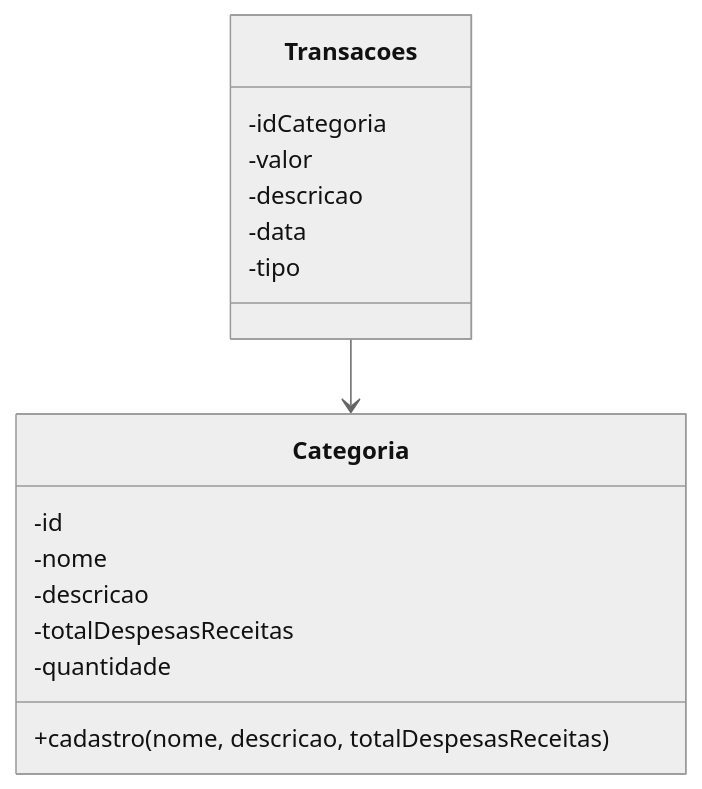
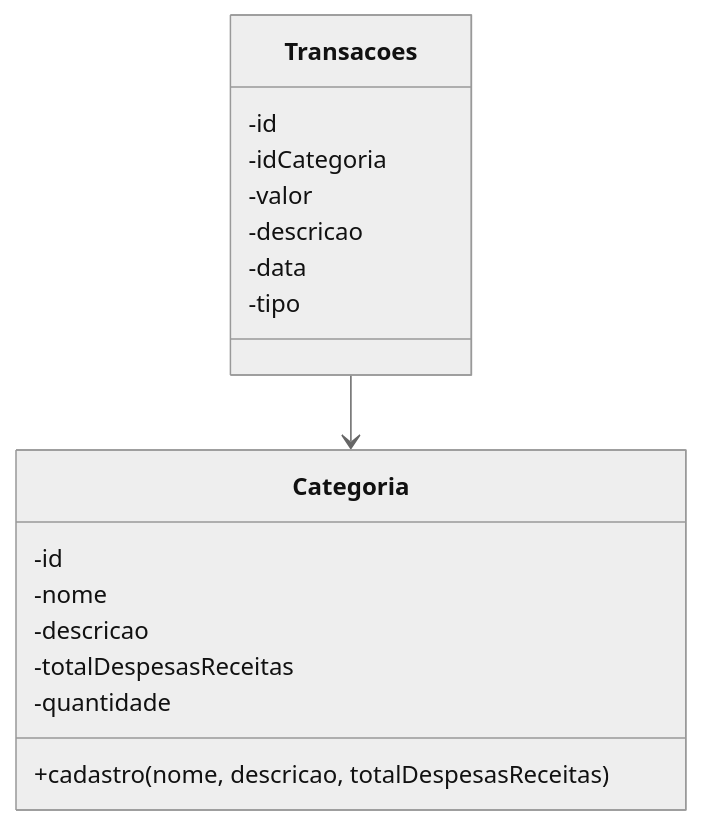
Before and after one commit to thayssamaneo/mobile: the third of 3 diagrams in armazenamentoInterno/controle_financeiro/README.md, drawn with Mermaid (neutral theme). The commit also changed 5 other files, not shown here.

````diff
--- a/armazenamentoInterno/controle_financeiro/README.md
+++ b/armazenamentoInterno/controle_financeiro/README.md
@@ -214,25 +214,26 @@
 ```mermaid
 
 classDiagram
 
     class Categoria{
         -id
         -nome
         -descricao
         -totalDespesasReceitas
         -quantidade
 
         +cadastro(nome, descricao, totalDespesasReceitas)
     }
 
     class Transacoes{
+        -id
         -idCategoria
         -valor
         -descricao
         -data
         -tipo
     }
 
     Transacoes --> Categoria
 
 ```
````
